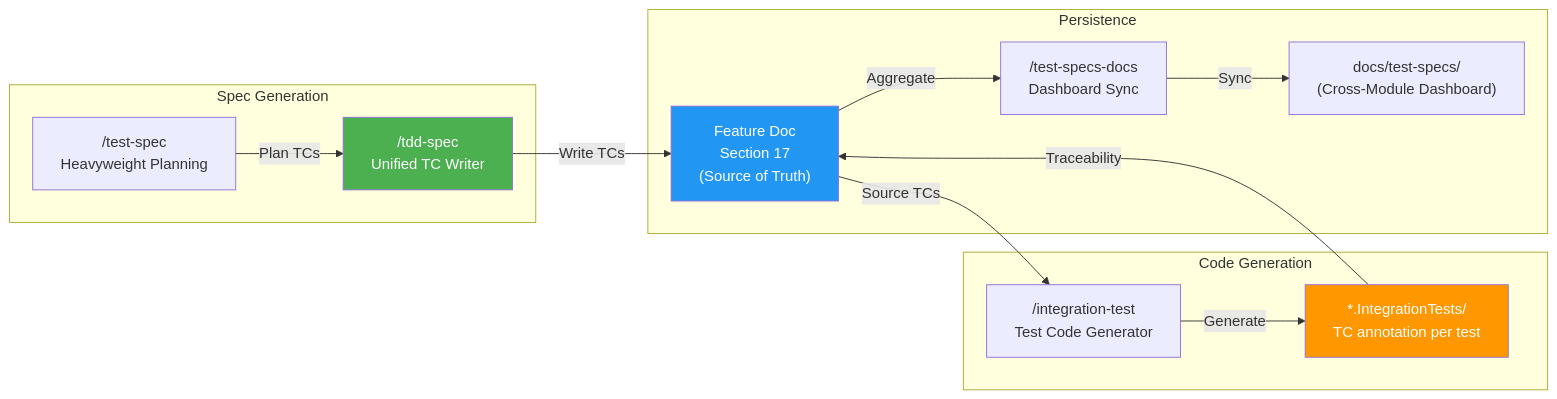
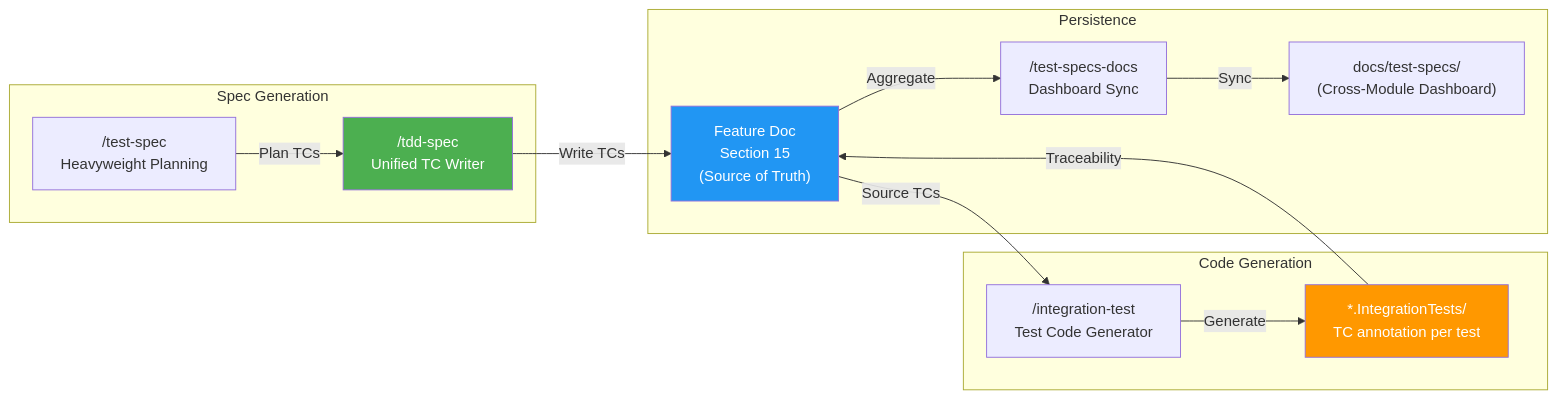
Diagram 14 of 20 in .claude/docs/claude-ai-agent-framework-guide.md (duc01226/easy-claude), drawn with Mermaid before and after one commit. The commit also changed other lines of this file and 146 other files, not shown here.

````diff
--- a/.claude/docs/claude-ai-agent-framework-guide.md
+++ b/.claude/docs/claude-ai-agent-framework-guide.md
@@ -1318,30 +1318,30 @@
 ```mermaid
 flowchart LR
     subgraph "Spec Generation"
         TS["/tdd-spec<br/>Unified TC Writer"]
         TSP["/test-spec<br/>Heavyweight Planning"]
     end
 
     subgraph "Persistence"
-        FD["Feature Doc<br/>Section 17<br/>(Source of Truth)"]
+        FD["Feature Doc<br/>Section 15<br/>(Source of Truth)"]
         TSD["/test-specs-docs<br/>Dashboard Sync"]
         DASH["docs/test-specs/<br/>(Cross-Module Dashboard)"]
     end
 
     subgraph "Code Generation"
         IT["/integration-test<br/>Test Code Generator"]
         CODE["*.IntegrationTests/<br/>TC annotation per test"]
     end
 
     TS -->|"Write TCs"| FD
     TSP -->|"Plan TCs"| TS
     FD -->|"Aggregate"| TSD
     TSD -->|"Sync"| DASH
     FD -->|"Source TCs"| IT
     IT -->|"Generate"| CODE
     CODE -->|"Traceability"| FD
 
     style TS fill:#4CAF50,color:white
     style FD fill:#2196F3,color:white
     style CODE fill:#FF9800,color:white
 ```
````
